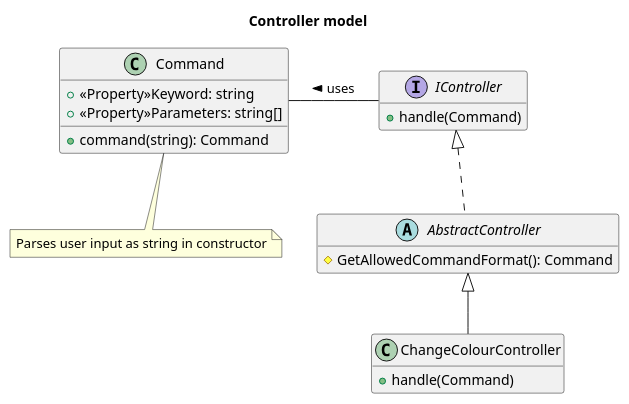
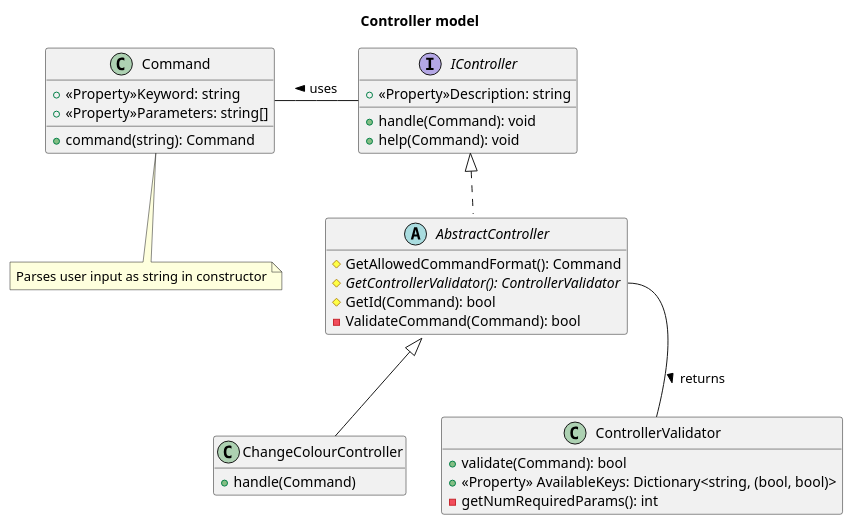
The diagram in UML diagrams/ControllerModel.puml (Kohort13/PG3302-Eksamen), drawn with PlantUML before and after one commit. The commit also changed 1 other file, not shown here.

Commit message:
Created sequence diagram, updated ControllerModel

```diff
--- a/UML diagrams/ControllerModel.puml
+++ b/UML diagrams/ControllerModel.puml
@@ -1,25 +1,37 @@
 @startuml ControllerModel
     title Controller model
     hide empty members
     class Command{
         + <<Property>>Keyword: string
         + <<Property>>Parameters: string[]
         + command(string): Command
     }
     note bottom: Parses user input as string in constructor
 
     interface IController{
-        + handle(Command)
+        + handle(Command): void
+        + help(Command): void
+        + <<Property>>Description: string
     }
 
     abstract class AbstractController implements IController{
         # GetAllowedCommandFormat(): Command
+        # {abstract} GetControllerValidator(): ControllerValidator
+        # GetId(Command): bool
+        - ValidateCommand(Command): bool        
     }
 
     IController -left- Command: uses >
 
     class ChangeColourController extends AbstractController{
         + handle(Command)
     }
+
+    class ControllerValidator{
+        + validate(Command): bool
+        + <<Property>> AvailableKeys: Dictionary<string, (bool, bool)>
+        - getNumRequiredParams(): int
+    }
+    AbstractController::GetControllerValidator -- ControllerValidator: > returns
     
 @enduml
```
